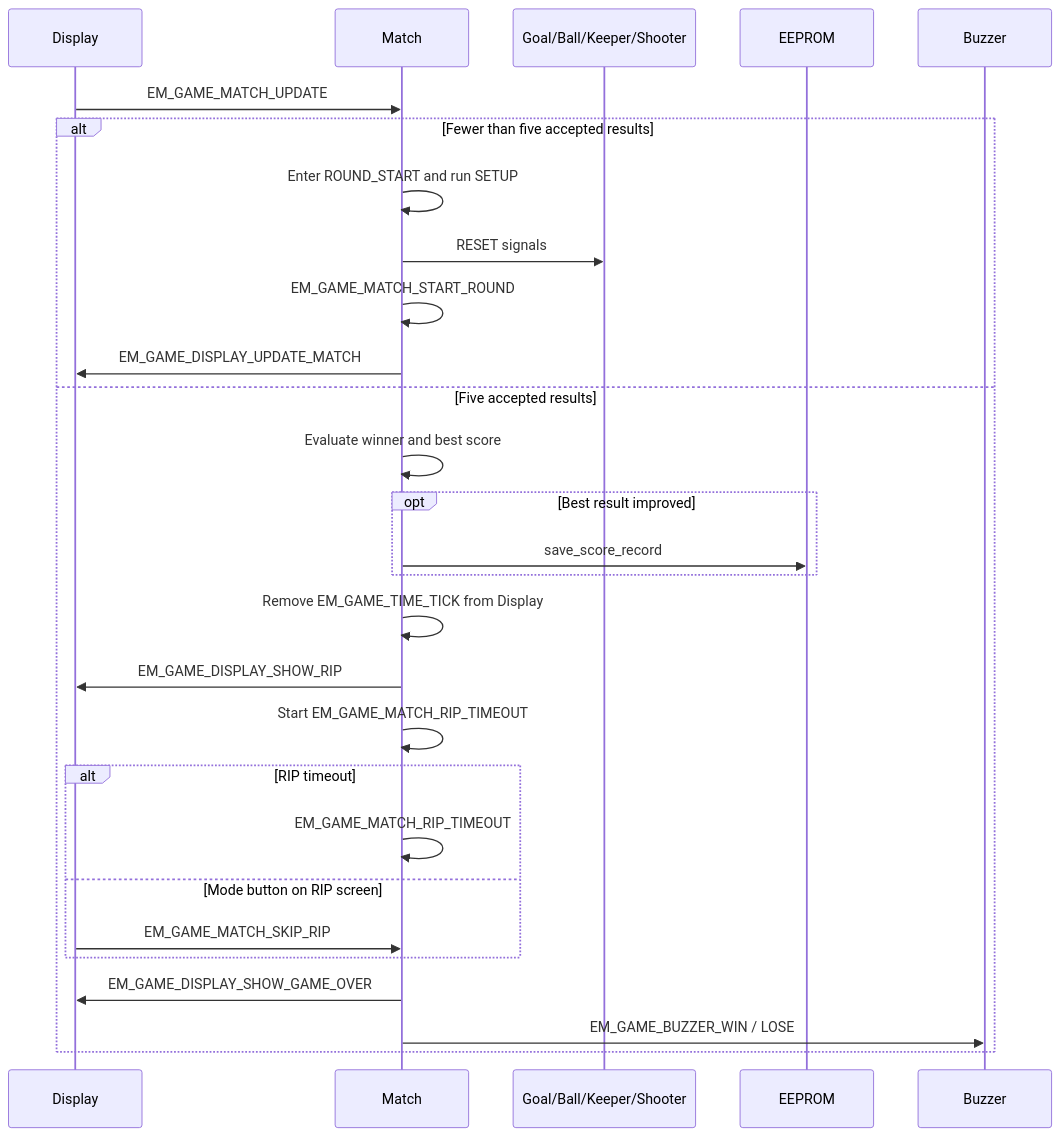
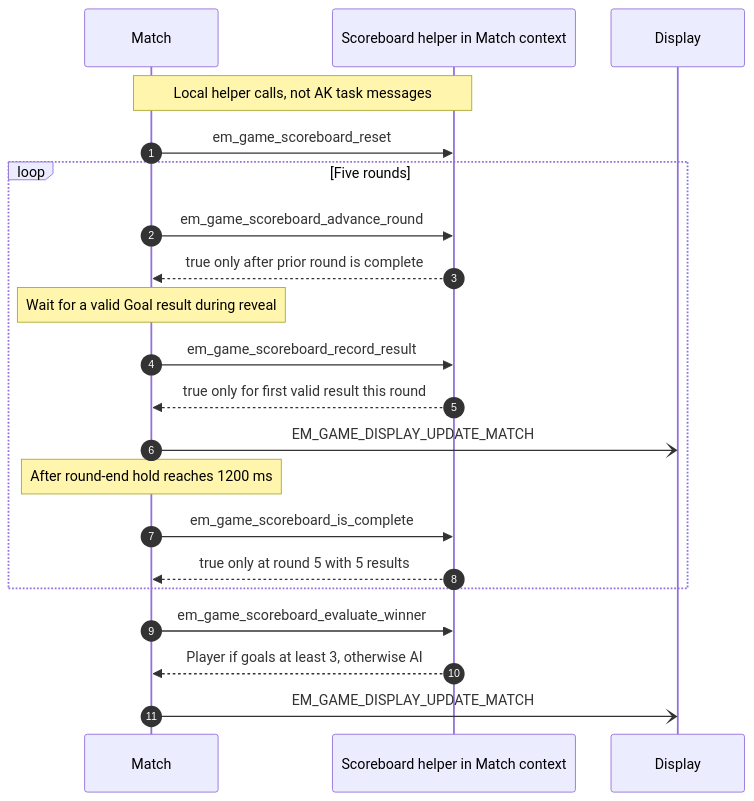
The sixth of 7 diagrams in docs/02-design-sequence-object.md (caotrongphuoc/11m-game), drawn with Mermaid before and after one commit. The commit also changed other lines of this file, not shown here.

Commit message:
[DOC] rewrite eleven meter object sequences

````diff
--- a/docs/02-design-sequence-object.md
+++ b/docs/02-design-sequence-object.md
@@ -181,31 +432,25 @@
 ```mermaid
+%%{init: {"themeVariables": {"fontSize": "16px"}, "sequence": {"actorMargin": 40}}}%%
 sequenceDiagram
+    autonumber
+    participant Match
+    participant Score as Scoreboard helper in Match context
     participant Display
-    participant Match
-    participant Objects as Goal/Ball/Keeper/Shooter
-    participant EEPROM
-    participant Buzzer
 
-    Display->>Match: EM_GAME_MATCH_UPDATE
-    alt Fewer than five accepted results
-        Match->>Match: Enter ROUND_START and run SETUP
-        Match->>Objects: RESET signals
-        Match->>Match: EM_GAME_MATCH_START_ROUND
-        Match->>Display: EM_GAME_DISPLAY_UPDATE_MATCH
-    else Five accepted results
-        Match->>Match: Evaluate winner and best score
-        opt Best result improved
-            Match->>EEPROM: save_score_record
-        end
-        Match->>Match: Remove EM_GAME_TIME_TICK from Display
-        Match->>Display: EM_GAME_DISPLAY_SHOW_RIP
-        Match->>Match: Start EM_GAME_MATCH_RIP_TIMEOUT
-        alt RIP timeout
-            Match->>Match: EM_GAME_MATCH_RIP_TIMEOUT
-        else Mode button on RIP screen
-            Display->>Match: EM_GAME_MATCH_SKIP_RIP
-        end
-        Match->>Display: EM_GAME_DISPLAY_SHOW_GAME_OVER
-        Match->>Buzzer: EM_GAME_BUZZER_WIN / LOSE
+    Note over Match,Score: Local helper calls, not AK task messages
+    Match->>Score: em_game_scoreboard_reset
+    loop Five rounds
+        Match->>Score: em_game_scoreboard_advance_round
+        Score-->>Match: true only after prior round is complete
+        Note over Match: Wait for a valid Goal result during reveal
+        Match->>Score: em_game_scoreboard_record_result
+        Score-->>Match: true only for first valid result this round
+        Match-)Display: EM_GAME_DISPLAY_UPDATE_MATCH
+        Note over Match: After round-end hold reaches 1200 ms
+        Match->>Score: em_game_scoreboard_is_complete
+        Score-->>Match: true only at round 5 with 5 results
     end
+    Match->>Score: em_game_scoreboard_evaluate_winner
+    Score-->>Match: Player if goals at least 3, otherwise AI
+    Match-)Display: EM_GAME_DISPLAY_UPDATE_MATCH
 ```
````
